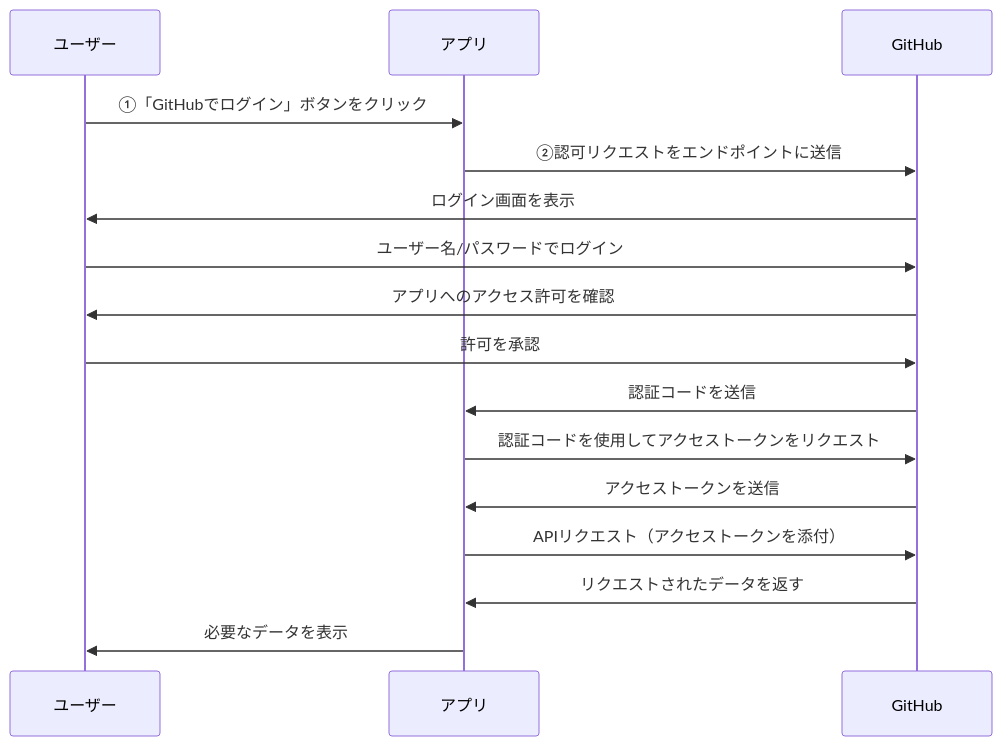
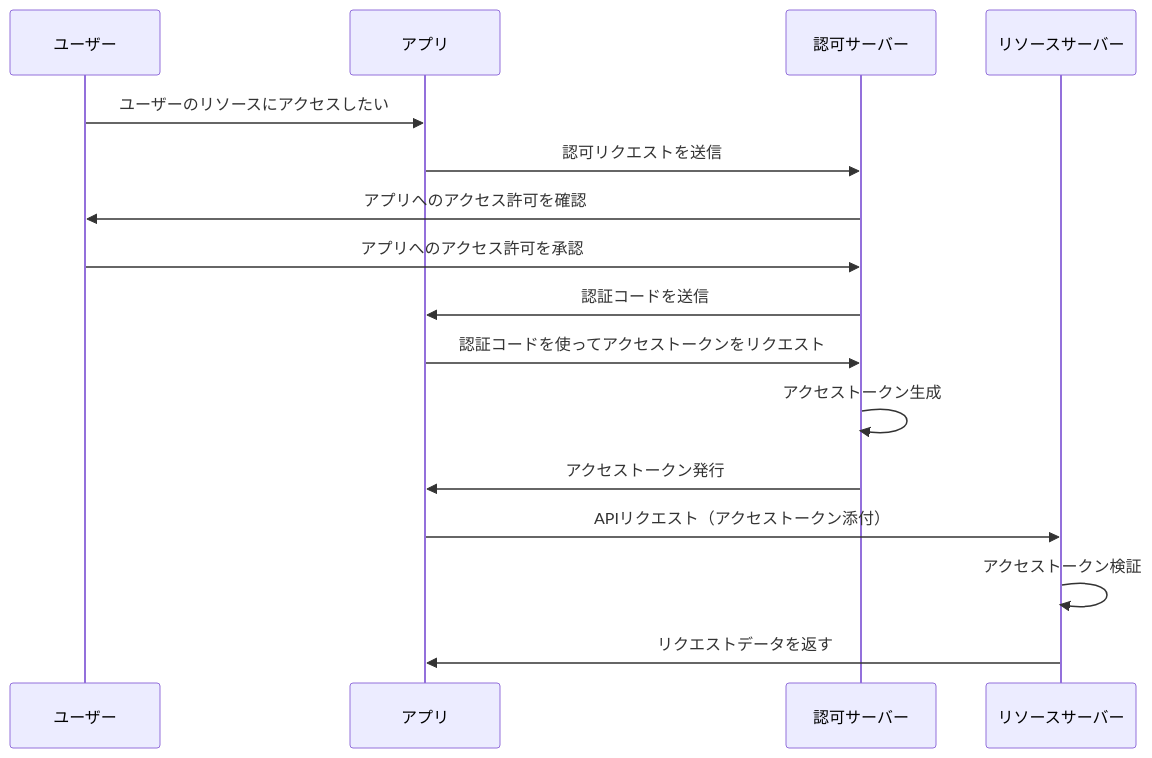
The first of 2 diagrams in articles/oauth-and-social-auth.md (otaki0413/zenn-connects), drawn with Mermaid before and after one commit. The commit also changed other lines of this file, not shown here.

````diff
--- a/articles/oauth-and-social-auth.md
+++ b/articles/oauth-and-social-auth.md
@@ -60,19 +57,20 @@
 ```mermaid
 sequenceDiagram
     participant User as ユーザー
     participant App as アプリ
-    participant GitHub as GitHub
+    participant OServer as 認可サーバー
+    participant RServer as リソースサーバー
 
-    User->>App: ①「GitHubでログイン」ボタンをクリック
-    App->>GitHub: ②認可リクエストをエンドポイントに送信
-    GitHub->>User: ログイン画面を表示
-    User->>GitHub: ユーザー名/パスワードでログイン
-    GitHub->>User: アプリへのアクセス許可を確認
-    User->>GitHub: 許可を承認
-    GitHub->>App: 認証コードを送信
-    App->>GitHub: 認証コードを使用してアクセストークンをリクエスト
-    GitHub->>App: アクセストークンを送信
-    App->>GitHub: APIリクエスト（アクセストークンを添付）
-    GitHub->>App: リクエストされたデータを返す
-    App->>User: 必要なデータを表示
+    User->>App: ユーザーのリソースにアクセスしたい
+    App->>OServer: 認可リクエストを送信
+    OServer->>User: アプリへのアクセス許可を確認
+    User->>OServer: アプリへのアクセス許可を承認
+    OServer->>App: 認証コードを送信
+    App->>OServer: 認証コードを使ってアクセストークンをリクエスト
+    OServer->>OServer: アクセストークン生成
+    OServer->>App: アクセストークン発行
+    App->>RServer: APIリクエスト（アクセストークン添付）
+    RServer->>RServer: アクセストークン検証
+    RServer->>App: リクエストデータを返す
+
 ```
````
